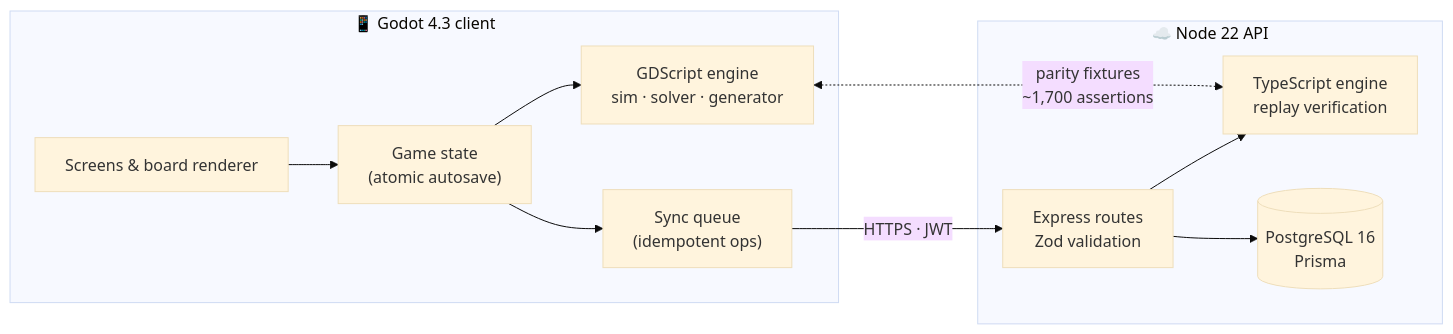
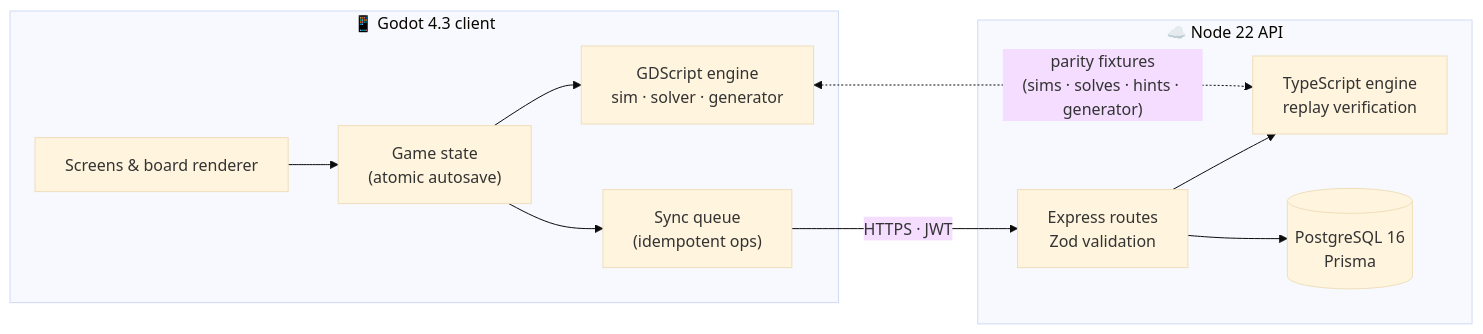
The diagram in README.md (zucc12309/loopfactory-), drawn with Mermaid (base theme) before and after one commit. The commit also changed other lines of this file and 37 other files, not shown here.

````diff
--- a/README.md
+++ b/README.md
@@ -74,14 +83,14 @@
 ```mermaid
 flowchart LR
   subgraph Device["📱 Godot 4.3 client"]
     UI["Screens & board renderer"] --> GS["Game state<br/>(atomic autosave)"]
     GS --> GE["GDScript engine<br/>sim · solver · generator"]
     GS --> Q["Sync queue<br/>(idempotent ops)"]
   end
   subgraph Server["☁️ Node 22 API"]
     R["Express routes<br/>Zod validation"] --> TE["TypeScript engine<br/>replay verification"]
     R --> P[("PostgreSQL 16<br/>Prisma")]
   end
   Q -- "HTTPS · JWT" --> R
-  GE <-. "parity fixtures<br/>~1,700 assertions" .-> TE
+  GE <-. "parity fixtures<br/>(sims · solves · hints · generator)" .-> TE
 ```
````
